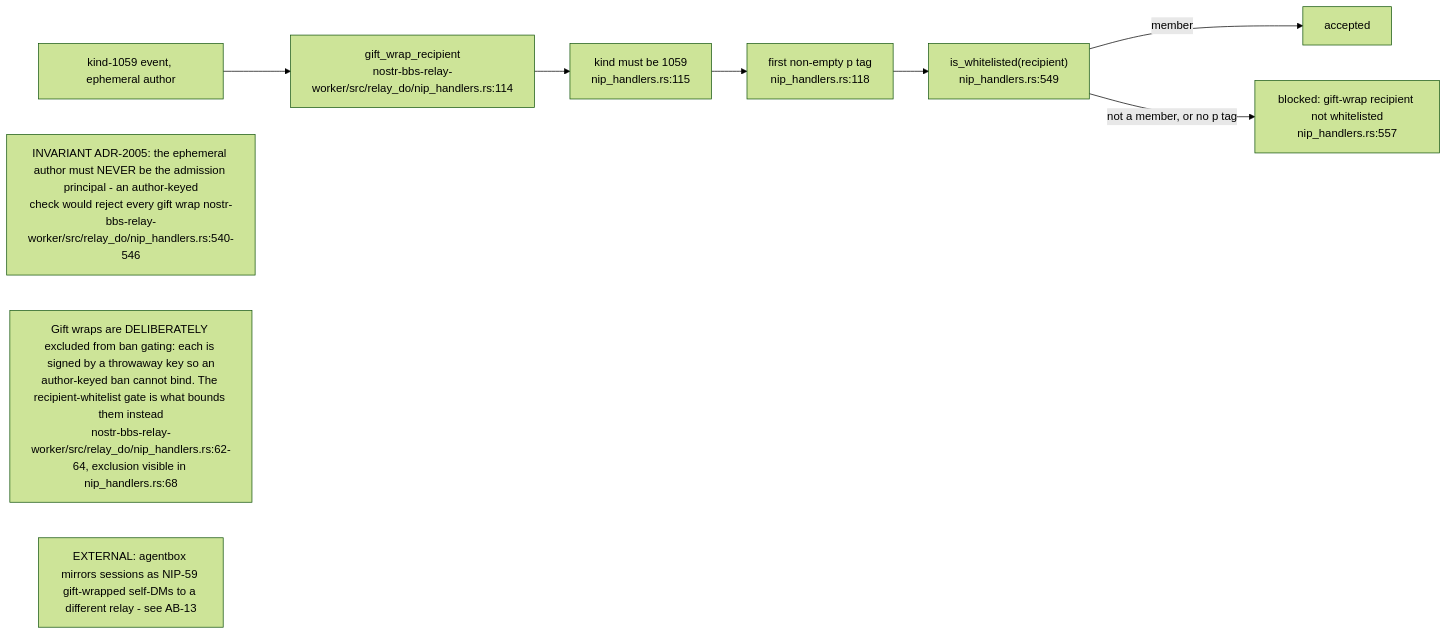
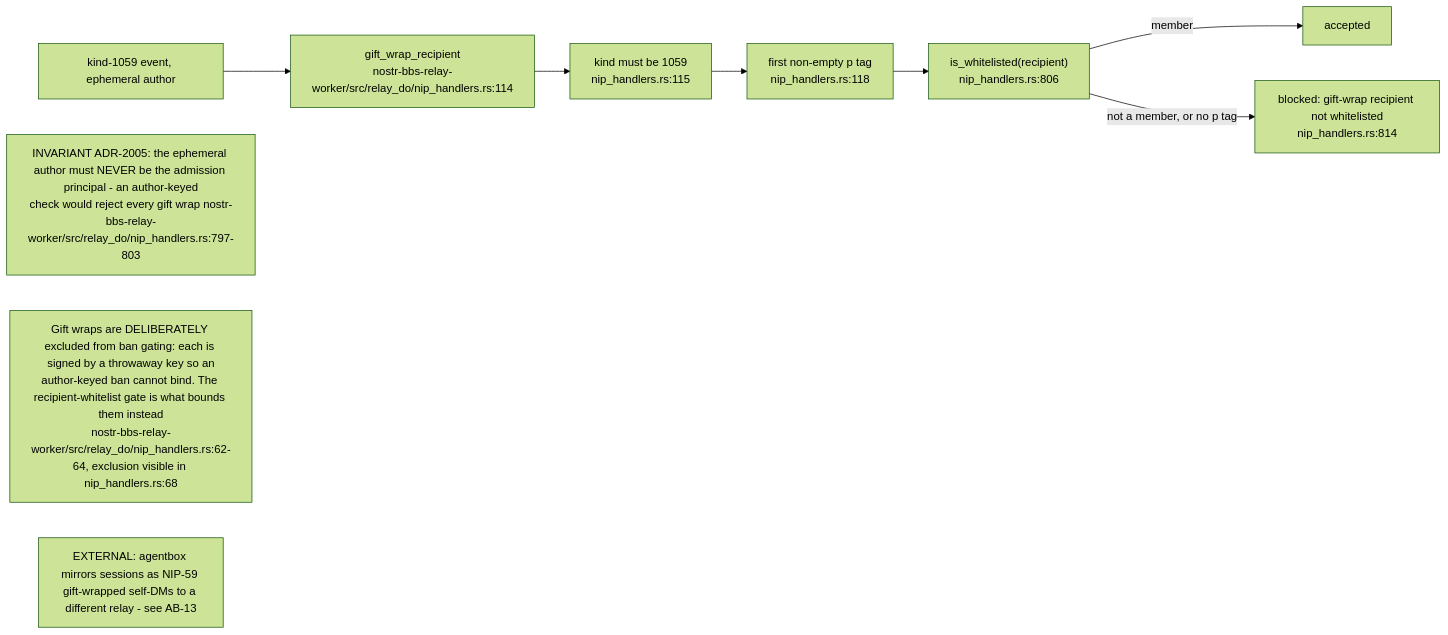
The fifth of 14 diagrams in docs/diagrams/nostr-rust-forum/03-relay-worker-admission-auth-and-trust.md (DreamLab-AI/VisionFlow), drawn with Mermaid (forest theme) before and after one commit. The commit also changed other lines of this file and 11 other files, not shown here.

````diff
--- a/docs/diagrams/nostr-rust-forum/03-relay-worker-admission-auth-and-trust.md
+++ b/docs/diagrams/nostr-rust-forum/03-relay-worker-admission-auth-and-trust.md
@@ -144,18 +149,18 @@
 ```mermaid
 flowchart LR
     EV["kind-1059 event, ephemeral author"]
     EX["gift_wrap_recipient<br/>nostr-bbs-relay-worker/src/relay_do/nip_handlers.rs:114"]
     K["kind must be 1059<br/>nip_handlers.rs:115"]
     T["first non-empty p tag<br/>nip_handlers.rs:118"]
-    WL["is_whitelisted(recipient)<br/>nip_handlers.rs:549"]
+    WL["is_whitelisted(recipient)<br/>nip_handlers.rs:806"]
     OK["accepted"]
-    NO["blocked: gift-wrap recipient not whitelisted<br/>nip_handlers.rs:557"]
+    NO["blocked: gift-wrap recipient not whitelisted<br/>nip_handlers.rs:814"]
 
     EV --> EX --> K --> T --> WL
     WL -->|"member"| OK
     WL -->|"not a member, or no p tag"| NO
 
-    N1["INVARIANT ADR-2005: the ephemeral author must NEVER be the admission principal - an author-keyed<br/>check would reject every gift wrap nostr-bbs-relay-worker/src/relay_do/nip_handlers.rs:540-546"]
+    N1["INVARIANT ADR-2005: the ephemeral author must NEVER be the admission principal - an author-keyed<br/>check would reject every gift wrap nostr-bbs-relay-worker/src/relay_do/nip_handlers.rs:797-803"]
     N2["Gift wraps are DELIBERATELY excluded from ban gating: each is signed by a throwaway key so an<br/>author-keyed ban cannot bind. The recipient-whitelist gate is what bounds them instead<br/>nostr-bbs-relay-worker/src/relay_do/nip_handlers.rs:62-64, exclusion visible in nip_handlers.rs:68"]
     N3["EXTERNAL: agentbox mirrors sessions as NIP-59 gift-wrapped self-DMs to a different relay - see AB-13"]
 ```
````
